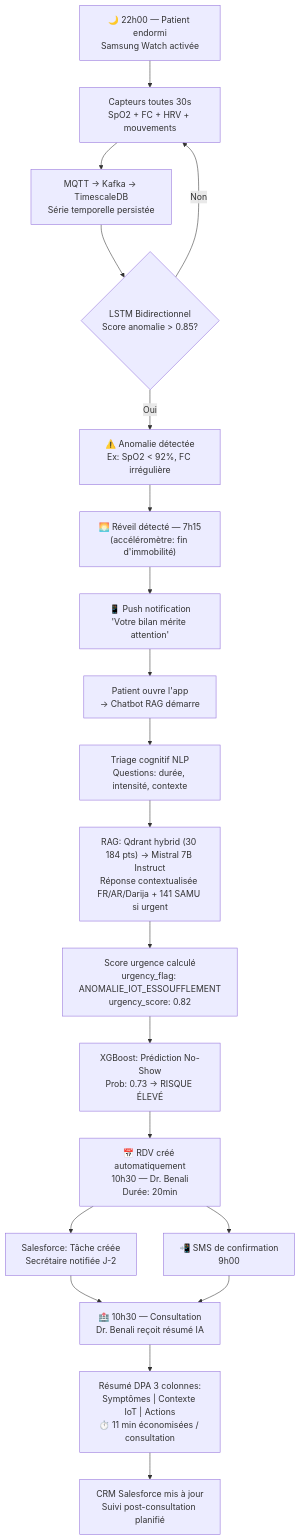
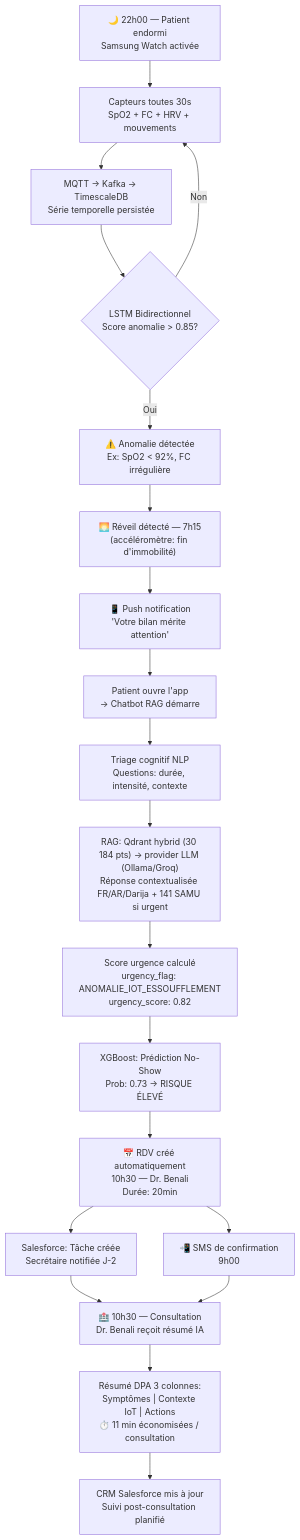
Before and after one commit to Boussyf0/MediSense-AI: diagram 23 of 32 in docs/DIAGRAMMES.md, drawn with Mermaid. The commit also changed other lines of this file and 9 other files, not shown here.

````diff
--- a/docs/DIAGRAMMES.md
+++ b/docs/DIAGRAMMES.md
@@ -1018,28 +1018,28 @@
 ```mermaid
 flowchart TD
     A["🌙 22h00 — Patient endormi<br/>Samsung Watch activée"]
     B["Capteurs toutes 30s<br/>SpO2 + FC + HRV + mouvements"]
     C["MQTT → Kafka → TimescaleDB<br/>Série temporelle persistée"]
     D{"LSTM Bidirectionnel<br/>Score anomalie > 0.85?"}
     E["⚠️ Anomalie détectée<br/>Ex: SpO2 < 92%, FC irrégulière"]
     F["🌅 Réveil détecté — 7h15<br/>(accéléromètre: fin d'immobilité)"]
     G["📱 Push notification<br/>'Votre bilan mérite attention'"]
     H["Patient ouvre l'app<br/>→ Chatbot RAG démarre"]
     I["Triage cognitif NLP<br/>Questions: durée, intensité, contexte"]
-    J["RAG: Qdrant hybrid (30 184 pts) → Mistral 7B Instruct<br/>Réponse contextualisée FR/AR/Darija + 141 SAMU si urgent"]
+    J["RAG: Qdrant hybrid (30 184 pts) → provider LLM (Ollama/Groq)<br/>Réponse contextualisée FR/AR/Darija + 141 SAMU si urgent"]
     K["Score urgence calculé<br/>urgency_flag: ANOMALIE_IOT_ESSOUFFLEMENT<br/>urgency_score: 0.82"]
     L["XGBoost: Prédiction No-Show<br/>Prob: 0.73 → RISQUE ÉLEVÉ"]
     M["📅 RDV créé automatiquement<br/>10h30 — Dr. Benali<br/>Durée: 20min"]
     N["Salesforce: Tâche créée<br/>Secrétaire notifiée J-2"]
     O["📲 SMS de confirmation<br/>9h00"]
     P["🏥 10h30 — Consultation<br/>Dr. Benali reçoit résumé IA"]
     Q["Résumé DPA 3 colonnes:<br/>Symptômes | Contexte IoT | Actions<br/>⏱️ 11 min économisées / consultation"]
     R["CRM Salesforce mis à jour<br/>Suivi post-consultation planifié"]
 
     A --> B --> C --> D
     D -->|Non| B
     D -->|Oui| E --> F --> G --> H
     H --> I --> J --> K --> L --> M
     M --> N & O
     N & O --> P --> Q --> R
 ```
````
